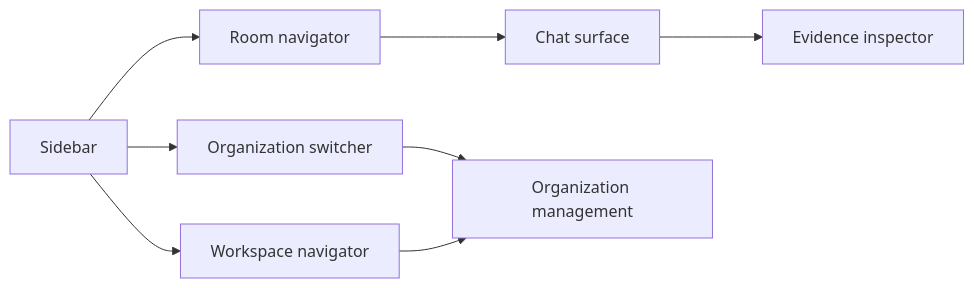
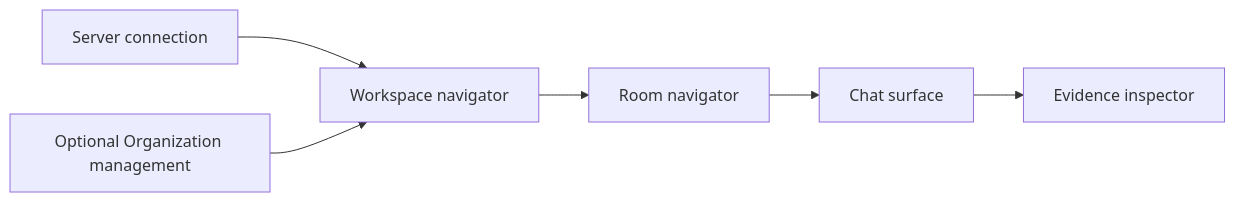
One commit to Takuma-kaho/Samurai-Agent changed the first of 3 diagrams in docs/designs/native-app.md. Above: the diagram before and after it, drawn with Mermaid. The commit also changed other lines of this file and 108 other files, not shown here.

````diff
--- a/docs/designs/native-app.md
+++ b/docs/designs/native-app.md
@@ -45,10 +54,8 @@
-```mermaid
+~~~mermaid
 flowchart LR
-  S[Sidebar] --> O[Organization switcher]
-  S --> W[Workspace navigator]
-  S --> R[Room navigator]
-  R --> C[Chat surface]
-  C --> E[Evidence inspector]
-  O --> M[Organization management]
-  W --> M
-```
+  C[Server connection] --> W[Workspace navigator]
+  W --> R[Room navigator]
+  R --> CH[Chat surface]
+  CH --> E[Evidence inspector]
+  O[Optional Organization management] --> W
+~~~
````
